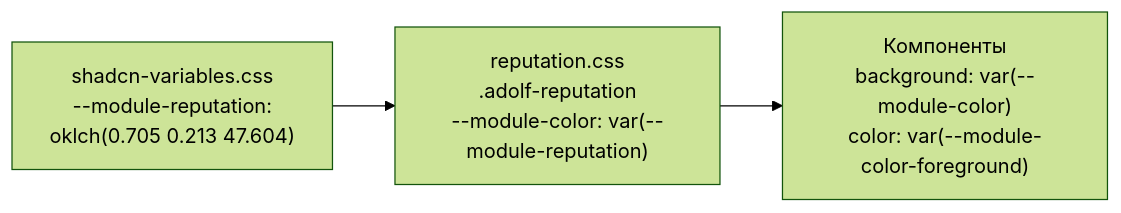
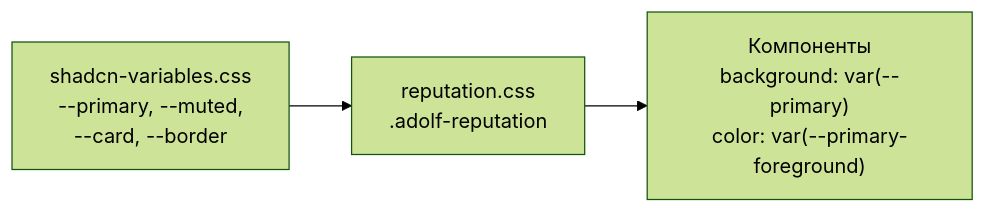
Before and after one commit to Sign25/Docs: the first of 2 diagrams in ui/adolf_ui_2_module_theming.md, drawn with Mermaid (forest theme). The commit also changed other lines of this file, not shown here.

Commit message:
refactor(ui): remove module colors, unify to --primary v1.1

````diff
--- a/ui/adolf_ui_2_module_theming.md
+++ b/ui/adolf_ui_2_module_theming.md
@@ -179,8 +151,8 @@
 ```mermaid
 flowchart LR
-    BASE["shadcn-variables.css<br/>--module-reputation:<br/>oklch(0.705 0.213 47.604)"]
-    MODULE["reputation.css<br/>.adolf-reputation<br/>--module-color: var(--module-reputation)"]
-    COMP["Компоненты<br/>background: var(--module-color)<br/>color: var(--module-color-foreground)"]
+    BASE["shadcn-variables.css<br/>--primary, --muted,<br/>--card, --border"]
+    MODULE["reputation.css<br/>.adolf-reputation"]
+    COMP["Компоненты<br/>background: var(--primary)<br/>color: var(--primary-foreground)"]
 
     BASE --> MODULE --> COMP
 ```
````
